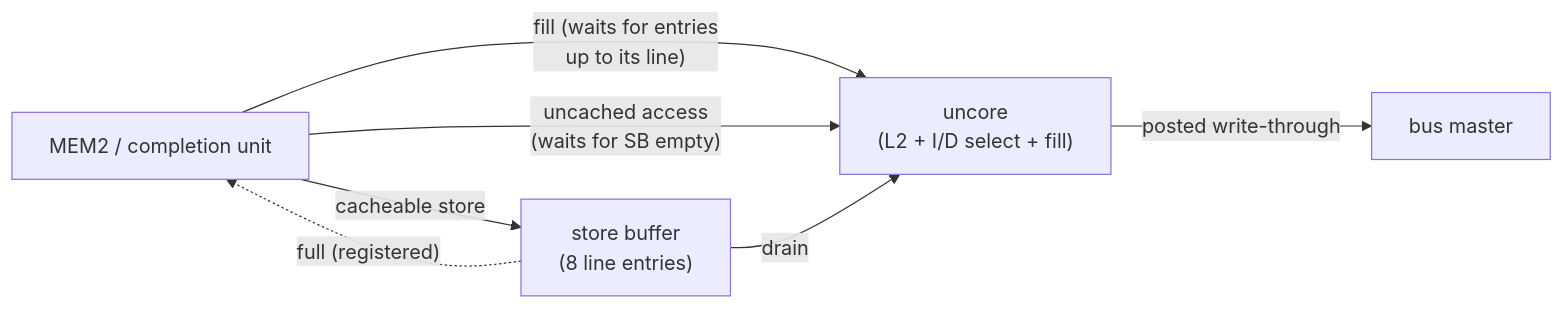
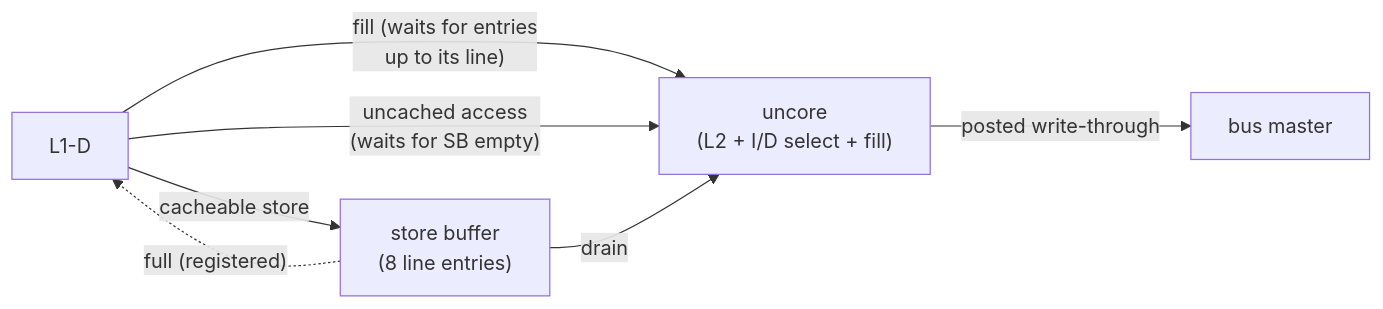
Before and after one commit to lonemeow/penumbra-minicomputer: the diagram in doc/internals/penumbra3/memory-performance.md, drawn with Mermaid. The commit also changed other lines of this file and 6 other files, not shown here.

````diff
--- a/doc/internals/penumbra3/memory-performance.md
+++ b/doc/internals/penumbra3/memory-performance.md
@@ -525,9 +525,9 @@
 ```mermaid
 graph LR
-    M2["MEM2 / completion unit"] -->|cacheable store| SB["store buffer<br/>(8 line entries)"]
+    M2["L1-D"] -->|cacheable store| SB["store buffer<br/>(8 line entries)"]
     M2 -->|"fill (waits for entries<br/>up to its line)"| UC
     M2 -->|"uncached access<br/>(waits for SB empty)"| UC
     SB -->|drain| UC["uncore<br/>(L2 + I/D select + fill)"]
     UC -->|posted write-through| BM["bus master"]
     SB -. "full (registered)" .-> M2
 ```
````
